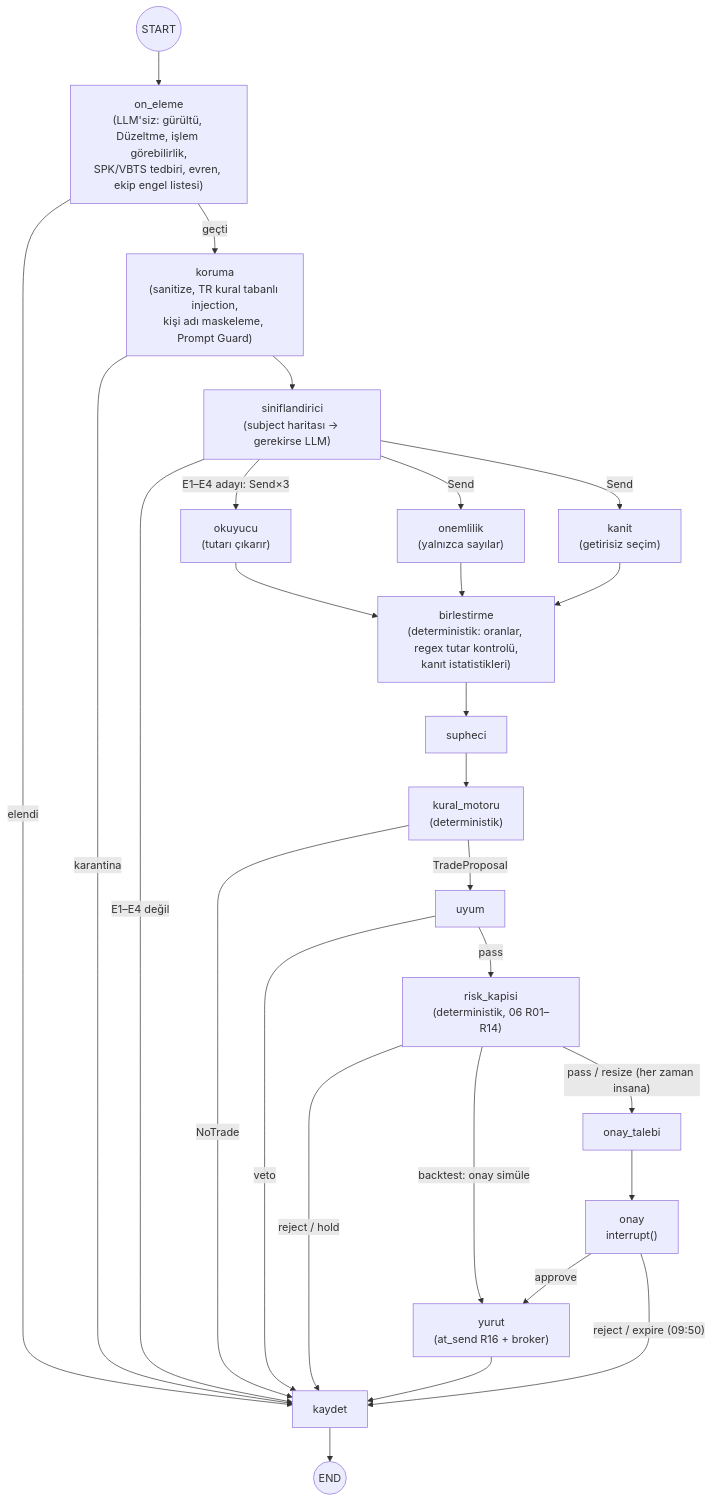
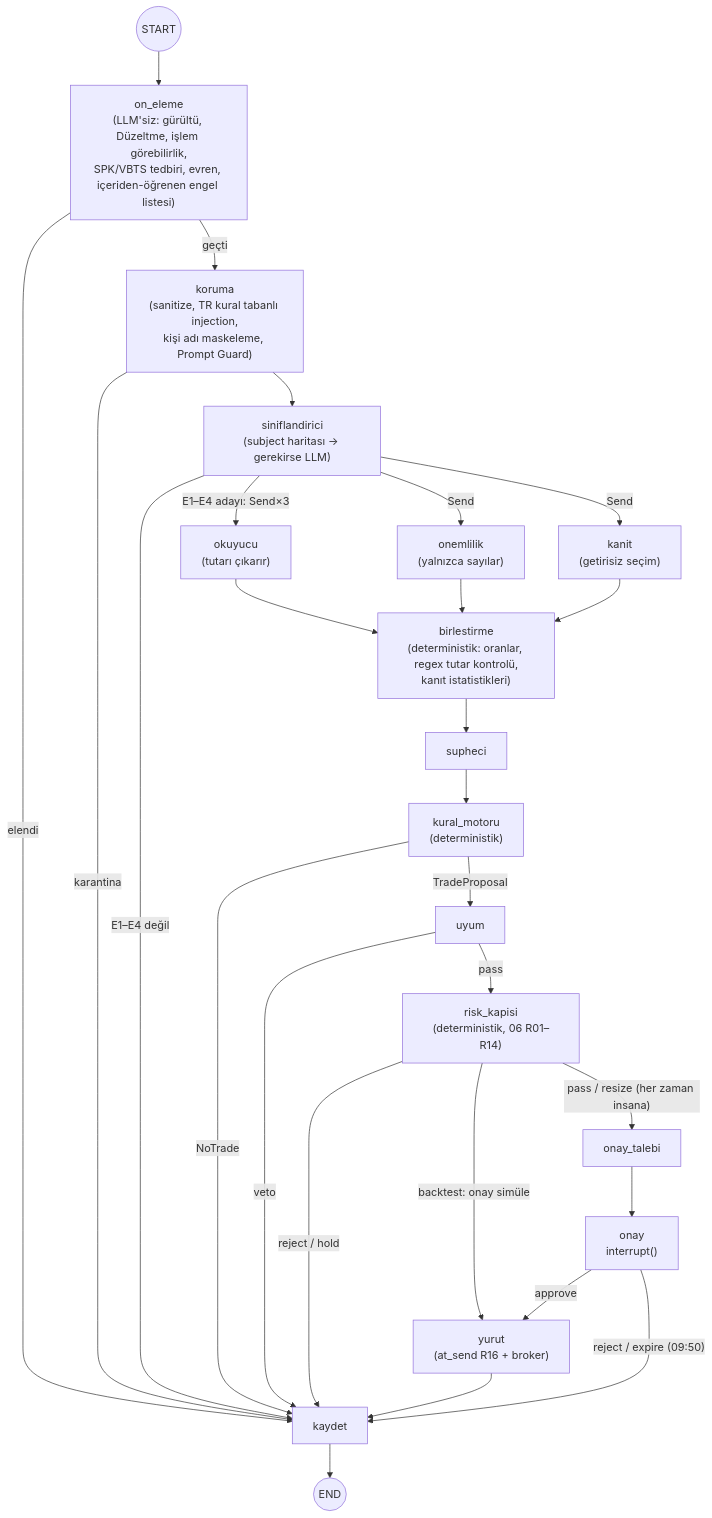
The third of 6 diagrams in docs/proje/04-mimari.md (cozalss/kaptan-seng429), drawn with Mermaid before and after one commit. The commit also changed other lines of this file and 891 other files, not shown here.

````diff
--- a/docs/proje/04-mimari.md
+++ b/docs/proje/04-mimari.md
@@ -226,29 +222,29 @@
 ```mermaid
 flowchart TD
-    S((START)) --> PE["on_eleme<br/>(LLM'siz: gürültü, Düzeltme, işlem görebilirlik,<br/>SPK/VBTS tedbiri, evren, ekip engel listesi)"]
+    S((START)) --> PE["on_eleme<br/>(LLM'siz: gürültü, Düzeltme, işlem görebilirlik,<br/>SPK/VBTS tedbiri, evren, içeriden-öğrenen engel listesi)"]
     PE -- "elendi" --> REC["kaydet"]
     PE -- "geçti" --> G["koruma<br/>(sanitize, TR kural tabanlı injection,<br/>kişi adı maskeleme, Prompt Guard)"]
     G -- "karantina" --> REC
     G --> C["siniflandirici<br/>(subject haritası → gerekirse LLM)"]
     C -- "E1–E4 değil" --> REC
     C -- "E1–E4 adayı: Send×3" --> O["okuyucu<br/>(tutarı çıkarır)"]
     C -- "Send" --> M["onemlilik<br/>(yalnızca sayılar)"]
     C -- "Send" --> K["kanit<br/>(getirisiz seçim)"]
     O --> B["birlestirme<br/>(deterministik: oranlar, regex tutar kontrolü,<br/>kanıt istatistikleri)"]
     M --> B
     K --> B
     B --> SK["supheci"]
     SK --> R["kural_motoru<br/>(deterministik)"]
     R -- "NoTrade" --> REC
     R -- "TradeProposal" --> U["uyum"]
     U -- "veto" --> REC
     U -- "pass" --> RG["risk_kapisi<br/>(deterministik, 06 R01–R14)"]
     RG -- "reject / hold" --> REC
     RG -- "backtest: onay simüle" --> X
     RG -- "pass / resize (her zaman insana)" --> AR["onay_talebi"]
     AR --> AP["onay<br/>interrupt()"]
     AP -- "approve" --> X["yurut<br/>(at_send R16 + broker)"]
     AP -- "reject / expire (09:50)" --> REC
     X --> REC
     REC --> E((END))
 ```
````
